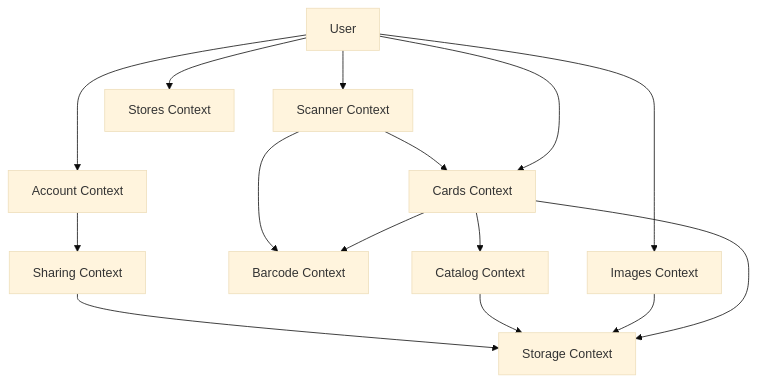
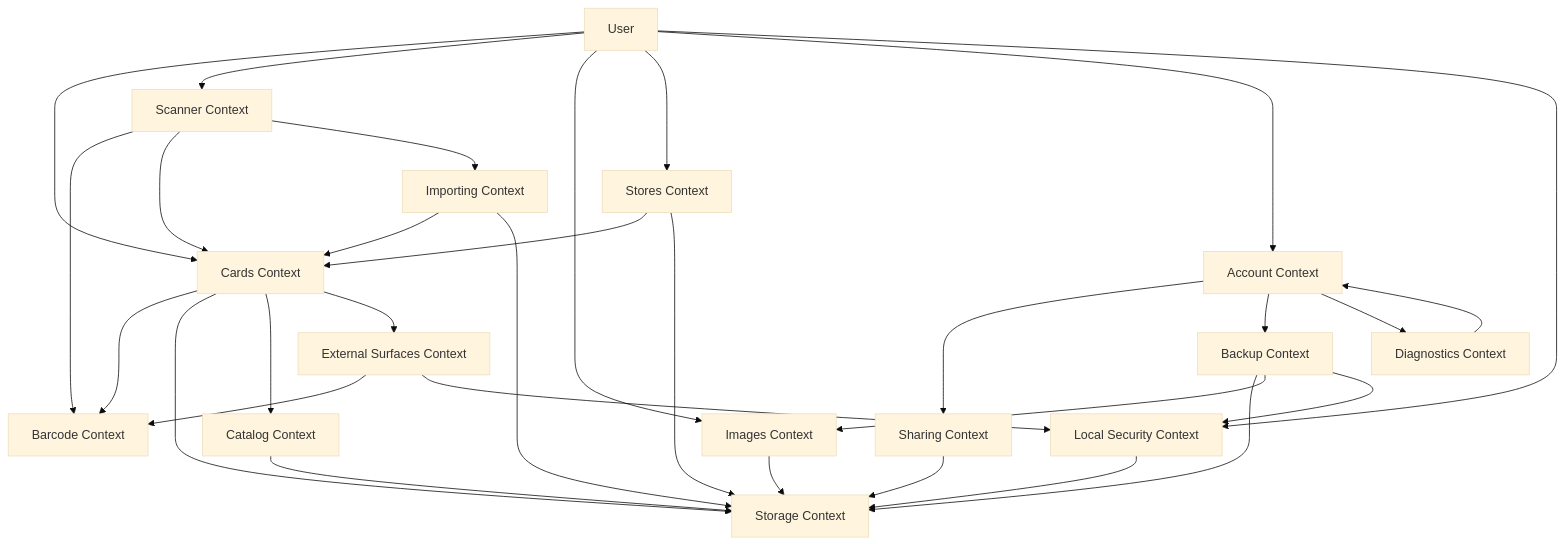
The diagram in docs/architecture/context-map.md (ITC-Mobile-Team/loyalty-card-wallet), drawn with Mermaid (base theme) before and after one commit. The commit also changed other lines of this file and 224 other files, not shown here.

````diff
--- a/docs/architecture/context-map.md
+++ b/docs/architecture/context-map.md
@@ -19,18 +24,34 @@
 ```mermaid
 flowchart TD
   User["User"] --> Cards["Cards Context"]
   User --> Scanner["Scanner Context"]
   User --> Images["Images Context"]
   User --> Stores["Stores Context"]
   User --> Account["Account Context"]
+  User --> Access["Local Security Context"]
 
   Cards --> Barcode["Barcode Context"]
   Cards --> Storage["Storage Context"]
   Cards --> Catalog["Catalog Context"]
+  Stores --> Cards
+  Stores --> Storage
   Scanner --> Barcode
   Scanner --> Cards
+  Scanner --> Importing["Importing Context"]
+  Importing --> Cards
+  Importing --> Storage
   Images --> Storage
   Catalog --> Storage
   Sharing["Sharing Context"] --> Storage
   Account --> Sharing
+  Account --> Backup["Backup Context"]
+  Account --> Diagnostics["Diagnostics Context"]
+  Backup --> Storage
+  Backup --> Images
+  Backup --> Access
+  Access --> Storage
+  Diagnostics --> Account
+  Cards --> External["External Surfaces Context"]
+  External --> Barcode
+  External --> Access
 ```
````
